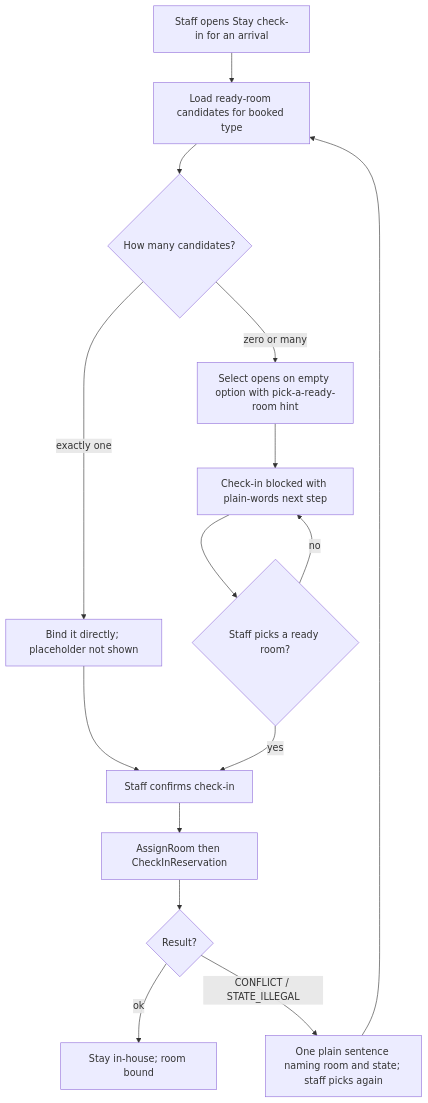
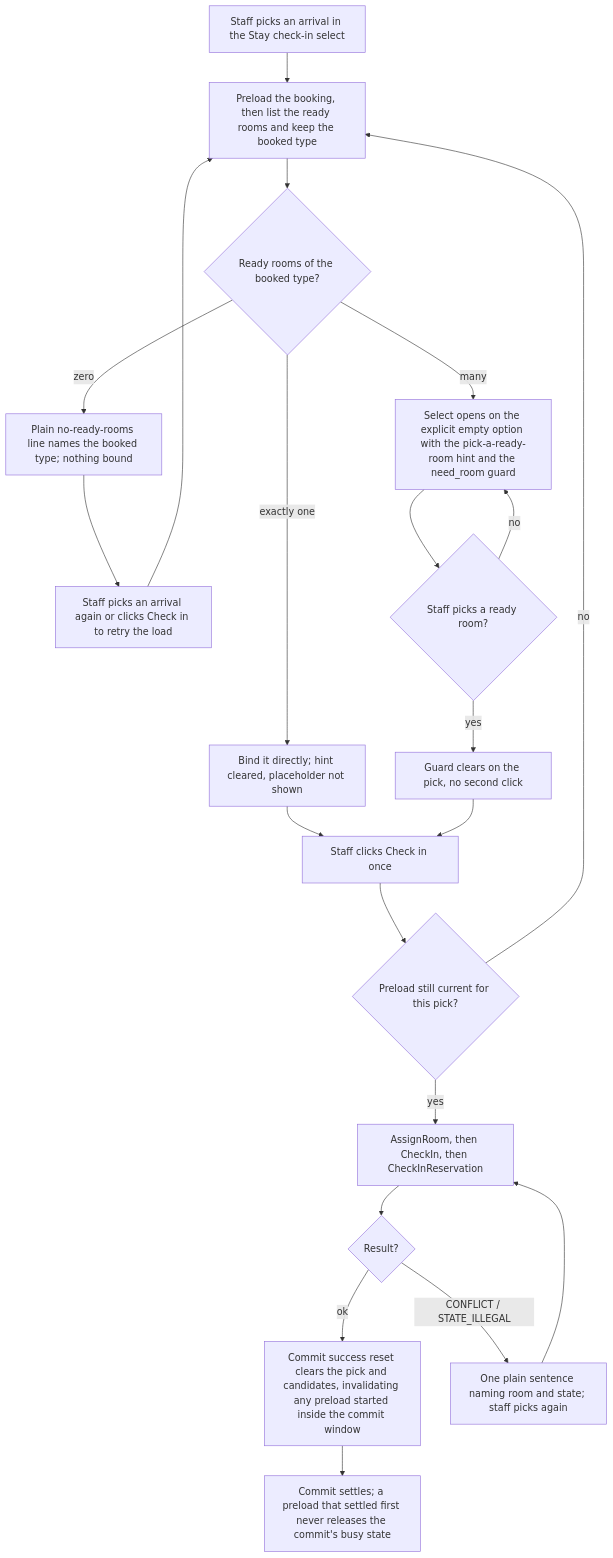
One commit to MingChen1501/hotel-mgmt changed the ninth of 32 diagrams in docs/architecture/lld.md. Above: the diagram before and after it, drawn with Mermaid. The commit also changed other lines of this file, not shown here.

First line of the commit message:
docs(architecture): Refresh the Stay check-in flow in LLD 13.1

````diff
--- a/docs/architecture/lld.md
+++ b/docs/architecture/lld.md
@@ -987,17 +996,23 @@
 ```mermaid
 flowchart TD
-    A[Staff opens Stay check-in for an arrival] --> B[Load ready-room candidates for booked type]
-    B --> C{How many candidates?}
-    C -->|exactly one| D[Bind it directly; placeholder not shown]
-    C -->|zero or many| E[Select opens on empty option with pick-a-ready-room hint]
-    E --> F[Check-in blocked with plain-words next step]
-    D --> G[Staff confirms check-in]
-    F --> H{Staff picks a ready room?}
-    H -->|no| F
-    H -->|yes| G
-    G --> I[AssignRoom then CheckInReservation]
-    I --> J{Result?}
-    J -->|ok| K[Stay in-house; room bound]
-    J -->|CONFLICT / STATE_ILLEGAL| L[One plain sentence naming room and state; staff picks again]
-    L --> B
+    A[Staff picks an arrival in the Stay check-in select] --> B[Preload the booking, then list the ready rooms and keep the booked type]
+    B --> C{Ready rooms of the booked type?}
+    C -->|zero| D[Plain no-ready-rooms line names the booked type; nothing bound]
+    D --> R[Staff picks an arrival again or clicks Check in to retry the load]
+    R --> B
+    C -->|exactly one| E[Bind it directly; hint cleared, placeholder not shown]
+    C -->|many| F[Select opens on the explicit empty option with the pick-a-ready-room hint and the need_room guard]
+    F --> G{Staff picks a ready room?}
+    G -->|no| F
+    G -->|yes| H[Guard clears on the pick, no second click]
+    E --> I[Staff clicks Check in once]
+    H --> I
+    I --> J{Preload still current for this pick?}
+    J -->|no| B
+    J -->|yes| K[AssignRoom, then CheckIn, then CheckInReservation]
+    K --> L{Result?}
+    L -->|ok| M[Commit success reset clears the pick and candidates, invalidating any preload started inside the commit window]
+    L -->|CONFLICT / STATE_ILLEGAL| N[One plain sentence naming room and state; staff picks again]
+    N --> K
+    M --> O[Commit settles; a preload that settled first never releases the commit's busy state]
 ```
````
